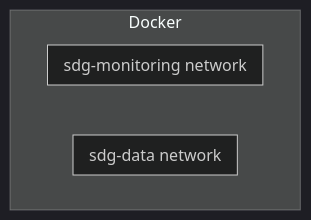
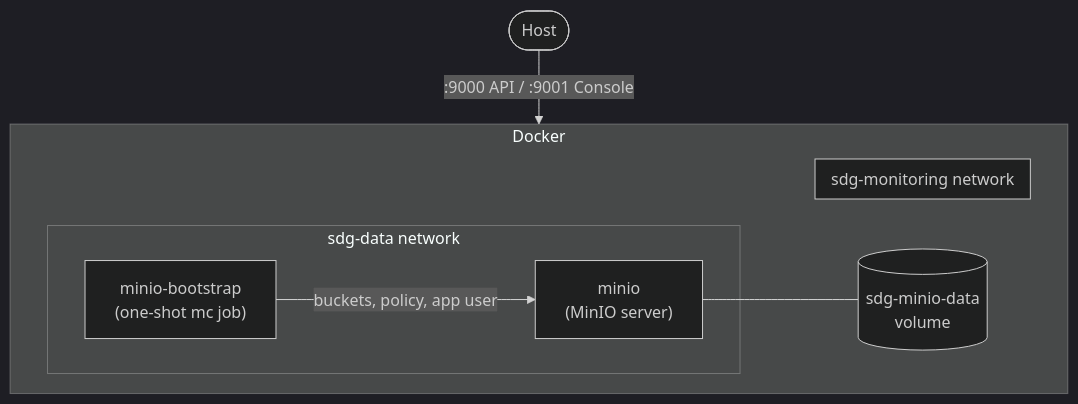
Before and after one commit to mellifluus/sdg-tech-challenge: the diagram in README.md, drawn with Mermaid (dark theme). The commit also changed 13 other files, not shown here.

Commit message:
minio bootstrap script

````diff
--- a/README.md
+++ b/README.md
@@ -7,10 +7,18 @@
 ```mermaid
 flowchart TB
     subgraph docker["Docker"]
         direction LR
         subgraph sdg-data["sdg-data network"]
+            minio["minio<br/>(MinIO server)"]
+            bootstrap["minio-bootstrap<br/>(one-shot mc job)"]
         end
         subgraph sdg-monitoring["sdg-monitoring network"]
         end
+        minio_vol[("sdg-minio-data<br/>volume")]
     end
+    host(["Host"])
+
+    host -- ":9000 API / :9001 Console" --> minio
+    bootstrap -- "buckets, policy, app user" --> minio
+    minio --- minio_vol
 ```
````
